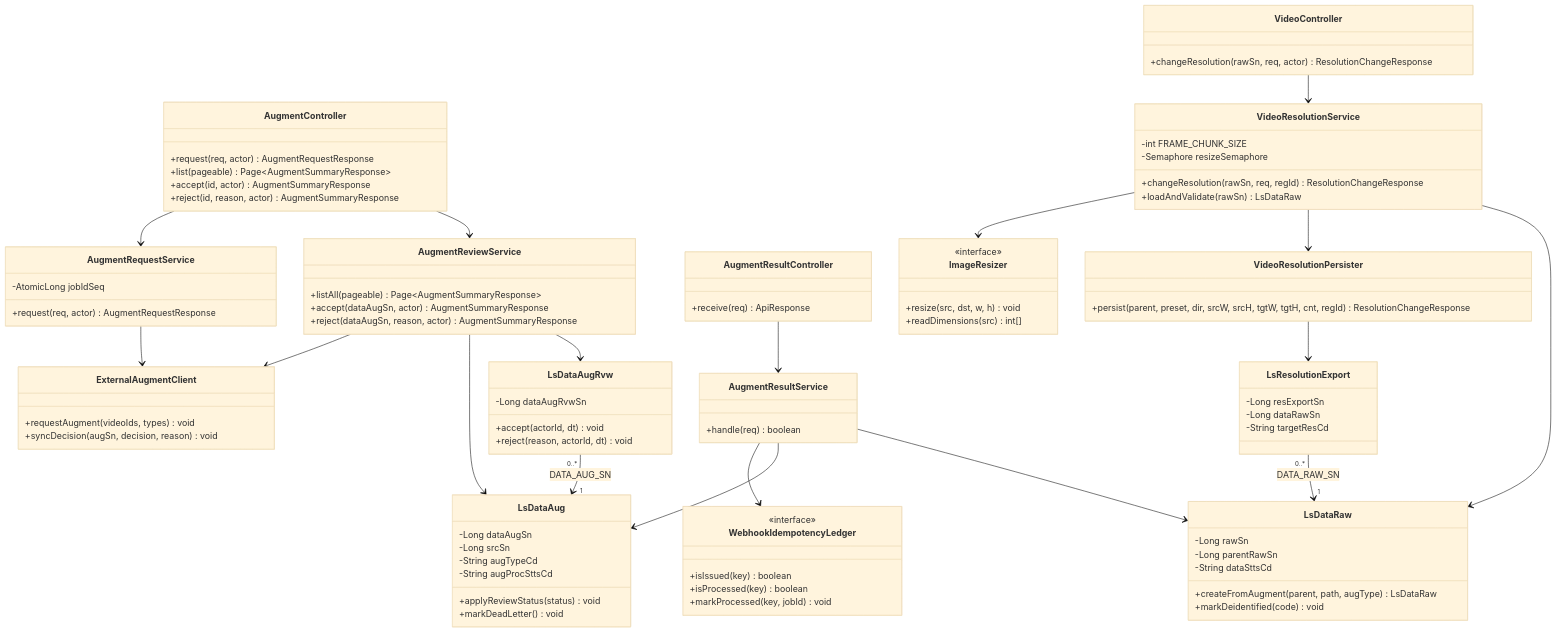
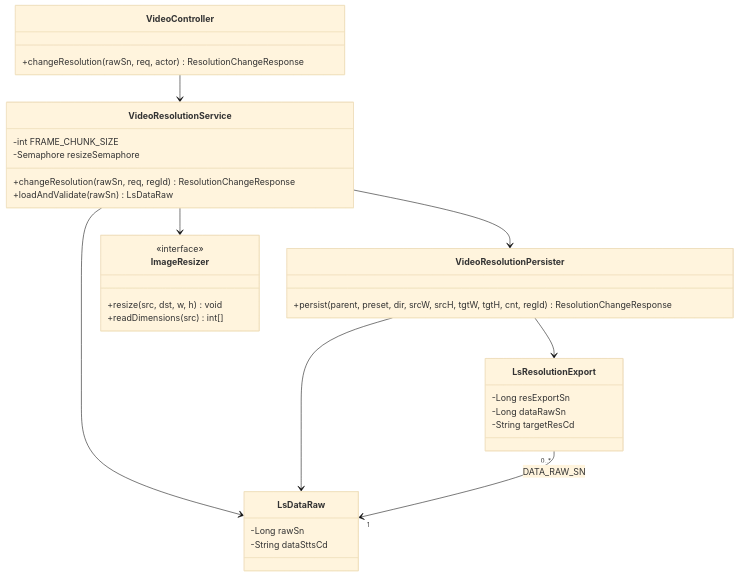
Before and after one commit to New-stella/klid-label: diagram 16 of 26 in docs/design/D1-클래스설계서.md, drawn with Mermaid (base theme). The commit also changed other lines of this file, not shown here.

````diff
--- a/docs/design/D1-클래스설계서.md
+++ b/docs/design/D1-클래스설계서.md
@@ -743,49 +820,5 @@
 ```mermaid
 classDiagram
-    class AugmentController {
-        +request(req, actor) AugmentRequestResponse
-        +list(pageable) Page~AugmentSummaryResponse~
-        +accept(id, actor) AugmentSummaryResponse
-        +reject(id, reason, actor) AugmentSummaryResponse
-    }
-    class AugmentRequestService {
-        -AtomicLong jobIdSeq
-        +request(req, actor) AugmentRequestResponse
-    }
-    class AugmentReviewService {
-        +listAll(pageable) Page~AugmentSummaryResponse~
-        +accept(dataAugSn, actor) AugmentSummaryResponse
-        +reject(dataAugSn, reason, actor) AugmentSummaryResponse
-    }
-    class AugmentResultController {
-        +receive(req) ApiResponse
-    }
-    class AugmentResultService {
-        +handle(req) boolean
-    }
-    class WebhookIdempotencyLedger {
-        <<interface>>
-        +isIssued(key) boolean
-        +isProcessed(key) boolean
-        +markProcessed(key, jobId) void
-    }
-    class ExternalAugmentClient {
-        +requestAugment(videoIds, types) void
-        +syncDecision(augSn, decision, reason) void
-    }
-    class LsDataAug {
-        -Long dataAugSn
-        -Long srcSn
-        -String augTypeCd
-        -String augProcSttsCd
-        +applyReviewStatus(status) void
-        +markDeadLetter() void
-    }
-    class LsDataAugRvw {
-        -Long dataAugRvwSn
-        +accept(actorId, dt) void
-        +reject(reason, actorId, dt) void
-    }
     class VideoController {
         +changeResolution(rawSn, req, actor) ResolutionChangeResponse
     }
@@ -810,27 +843,14 @@
     }
     class LsDataRaw {
         -Long rawSn
-        -Long parentRawSn
         -String dataSttsCd
-        +createFromAugment(parent, path, augType) LsDataRaw
-        +markDeidentified(code) void
     }
 
-    AugmentController --> AugmentRequestService
-    AugmentController --> AugmentReviewService
-    AugmentRequestService --> ExternalAugmentClient
-    AugmentReviewService --> ExternalAugmentClient
-    AugmentReviewService --> LsDataAug
-    AugmentReviewService --> LsDataAugRvw
-    AugmentResultController --> AugmentResultService
-    AugmentResultService --> WebhookIdempotencyLedger
-    AugmentResultService --> LsDataAug
-    AugmentResultService --> LsDataRaw
-    LsDataAugRvw "0..*" --> "1" LsDataAug : DATA_AUG_SN
     VideoController --> VideoResolutionService
     VideoResolutionService --> ImageResizer
     VideoResolutionService --> VideoResolutionPersister
     VideoResolutionService --> LsDataRaw
     VideoResolutionPersister --> LsResolutionExport
+    VideoResolutionPersister --> LsDataRaw
     LsResolutionExport "0..*" --> "1" LsDataRaw : DATA_RAW_SN
 ```
````
